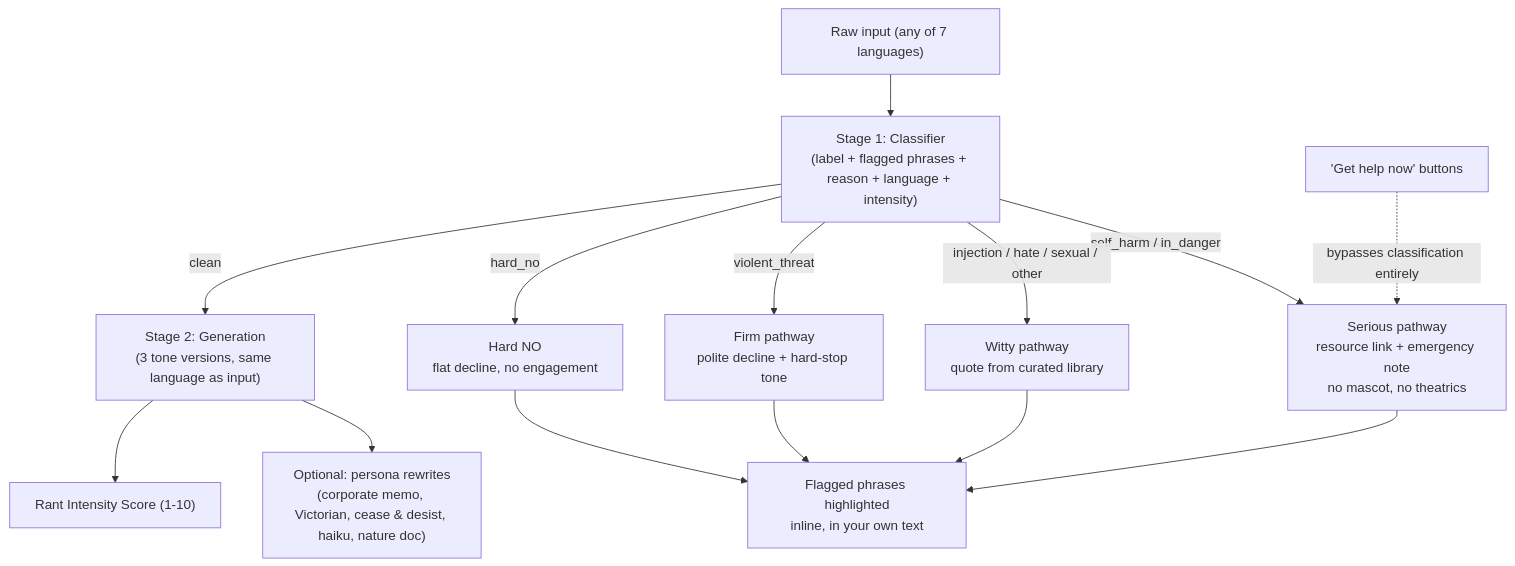
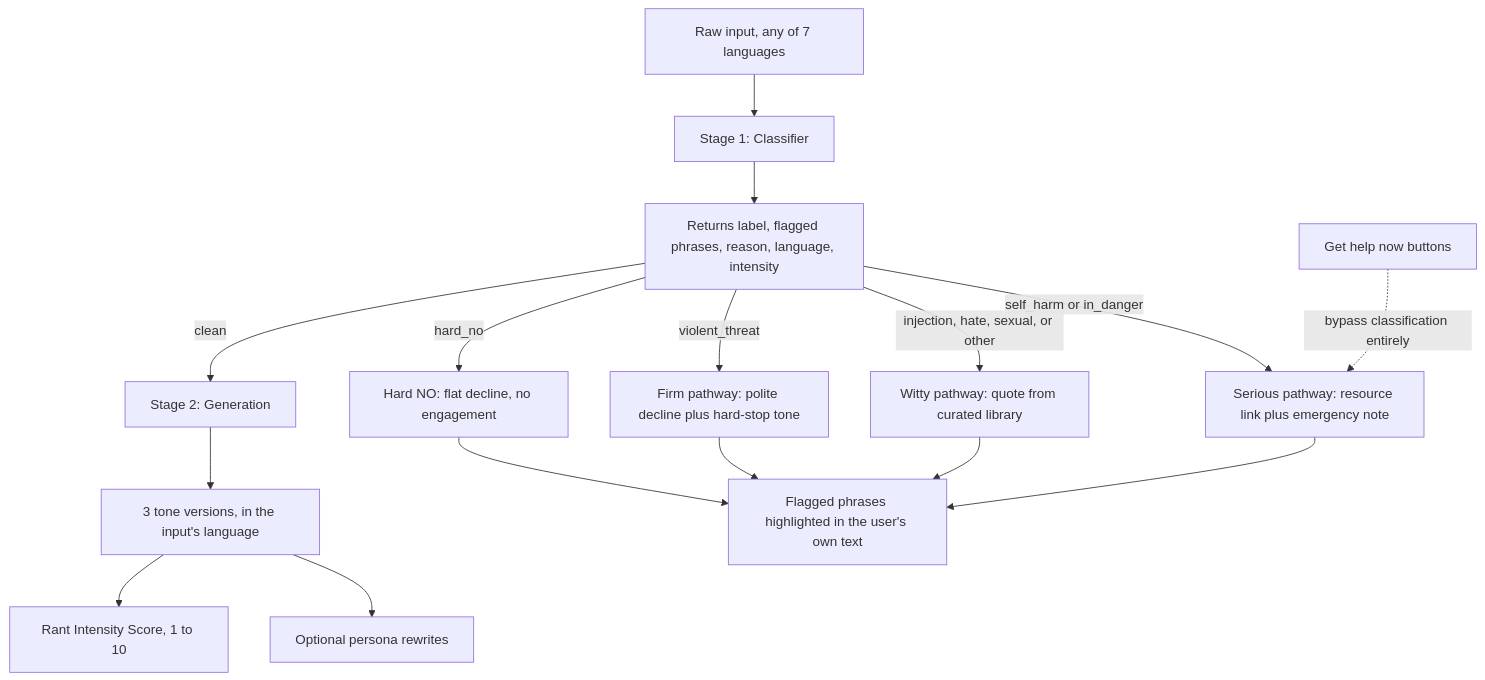
The diagram in README.md (I-Prompt/t-rant), drawn with Mermaid before and after one commit. The commit also changed other lines of this file and 1 other file, not shown here.

First line of the commit message:
Rewrite get-help-now copy, fix README dashes/diagram, describe full vision

````diff
--- a/README.md
+++ b/README.md
@@ -11,17 +13,18 @@
 ```mermaid
 flowchart TD
-    A["Raw input (any of 7 languages)"] --> B["Stage 1: Classifier<br/>(label + flagged phrases + reason + language + intensity)"]
-    B -->|clean| C["Stage 2: Generation<br/>(3 tone versions, same language as input)"]
-    C --> C1["Rant Intensity Score (1-10)"]
-    C --> C2["Optional: persona rewrites<br/>(corporate memo, Victorian, cease & desist, haiku, nature doc)"]
-    B -->|hard_no| D["Hard NO<br/>flat decline, no engagement"]
-    B -->|self_harm / in_danger| E["Serious pathway<br/>resource link + emergency note<br/>no mascot, no theatrics"]
-    B -->|violent_threat| F["Firm pathway<br/>polite decline + hard-stop tone"]
-    B -->|injection / hate / sexual / other| G["Witty pathway<br/>quote from curated library"]
-    D --> H["Flagged phrases highlighted<br/>inline, in your own text"]
+    A["Raw input, any of 7 languages"] --> B["Stage 1: Classifier"]
+    B --> B1["Returns label, flagged phrases, reason, language, intensity"]
+    B1 -->|clean| C["Stage 2: Generation"]
+    C --> C1["3 tone versions, in the input's language"]
+    C1 --> C2["Rant Intensity Score, 1 to 10"]
+    C1 --> C3["Optional persona rewrites"]
+    B1 -->|hard_no| D["Hard NO: flat decline, no engagement"]
+    B1 -->|self_harm or in_danger| E["Serious pathway: resource link plus emergency note"]
+    B1 -->|violent_threat| F["Firm pathway: polite decline plus hard-stop tone"]
+    B1 -->|injection, hate, sexual, or other| G["Witty pathway: quote from curated library"]
+    D --> H["Flagged phrases highlighted in the user's own text"]
     F --> H
     G --> H
     E --> H
-
-    I["'Get help now' buttons"] -.->|bypasses classification entirely| E
+    I["Get help now buttons"] -.->|bypass classification entirely| E
 ```
````
